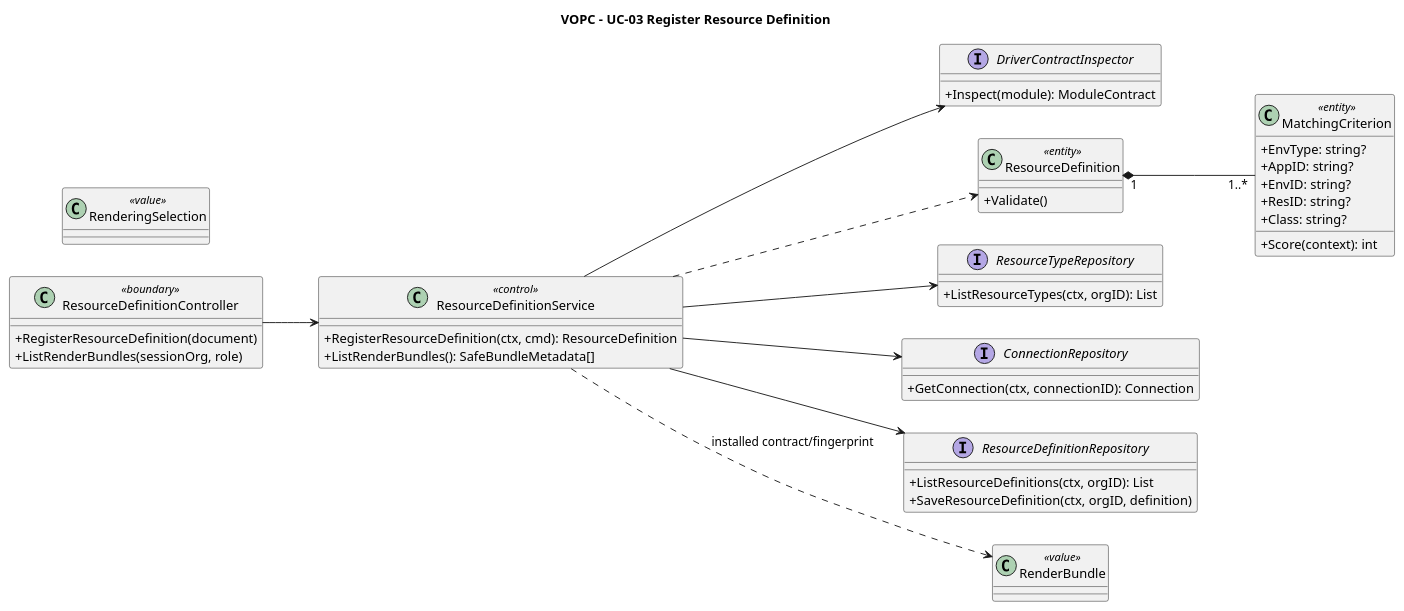
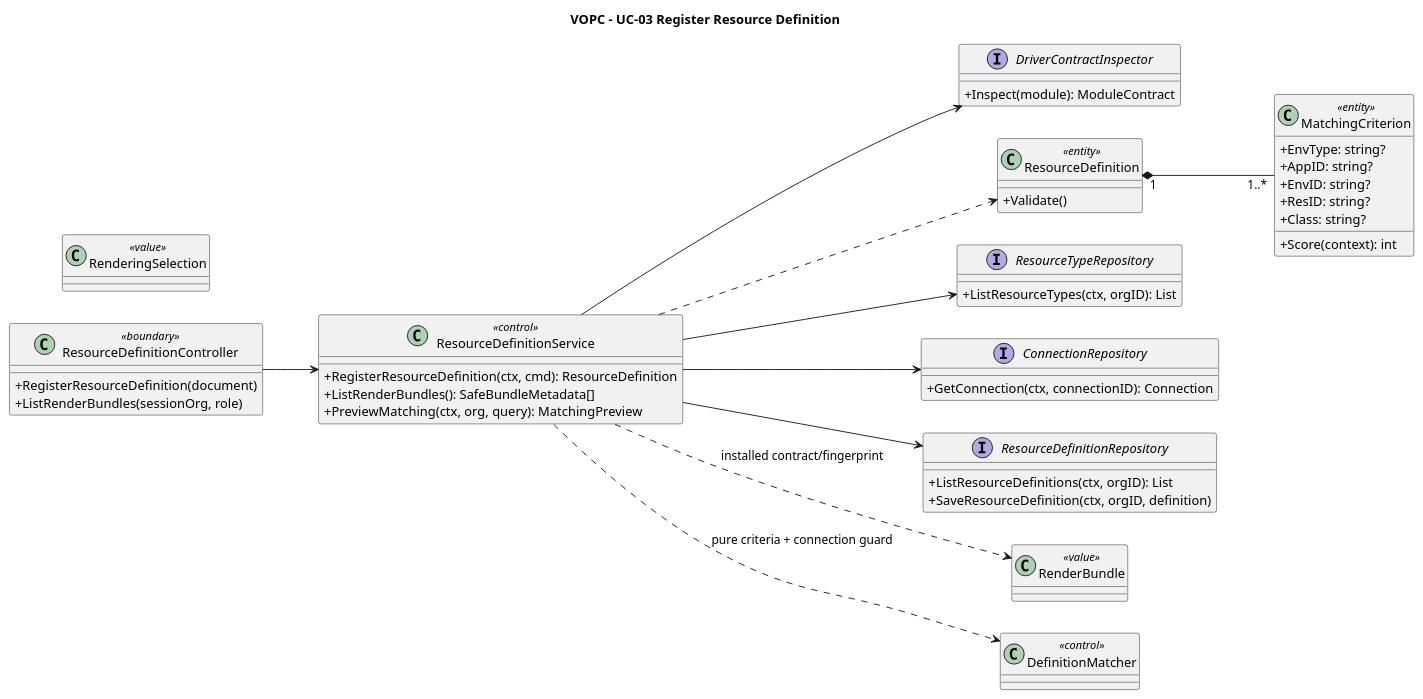
One commit to pr3s3nt/poc changed the diagram in orchestrator_docs/usecase/UC-03/vopc.puml. Above: the diagram before and after it, drawn with PlantUML. The commit also changed 32 other files, not shown here.

Commit message:
T19: add read-only exact matching preview for unsaved definitions

```diff
--- a/orchestrator_docs/usecase/UC-03/vopc.puml
+++ b/orchestrator_docs/usecase/UC-03/vopc.puml
@@ -1,47 +1,50 @@
 @startuml
 title VOPC - UC-03 Register Resource Definition
 left to right direction
 skinparam classAttributeIconSize 0
 class ResourceDefinitionController <<boundary>> {
   +RegisterResourceDefinition(document)
   +ListRenderBundles(sessionOrg, role)
 }
 class ResourceDefinitionService <<control>> {
   +RegisterResourceDefinition(ctx, cmd): ResourceDefinition
   +ListRenderBundles(): SafeBundleMetadata[]
+    +PreviewMatching(ctx, org, query): MatchingPreview
 }
 interface DriverContractInspector {
   +Inspect(module): ModuleContract
 }
 class ResourceDefinition <<entity>> {
   +Validate()
 }
 class MatchingCriterion <<entity>> {
   +EnvType: string?
   +AppID: string?
   +EnvID: string?
   +ResID: string?
   +Class: string?
   +Score(context): int
 }
 interface ResourceTypeRepository {
   +ListResourceTypes(ctx, orgID): List
 }
 interface ConnectionRepository {
   +GetConnection(ctx, connectionID): Connection
 }
 interface ResourceDefinitionRepository {
   +ListResourceDefinitions(ctx, orgID): List
   +SaveResourceDefinition(ctx, orgID, definition)
 }
 ResourceDefinitionController --> ResourceDefinitionService
 ResourceDefinitionService --> DriverContractInspector
 ResourceDefinitionService --> ResourceTypeRepository
 ResourceDefinitionService --> ConnectionRepository
 ResourceDefinitionService --> ResourceDefinitionRepository
 ResourceDefinitionService ..> ResourceDefinition
 ResourceDefinition "1" *-- "1..*" MatchingCriterion
 class RenderBundle <<value>>
 class RenderingSelection <<value>>
 ResourceDefinitionService ..> RenderBundle : installed contract/fingerprint
+class DefinitionMatcher <<control>>
+ResourceDefinitionService ..> DefinitionMatcher : pure criteria + connection guard
 @enduml
```
